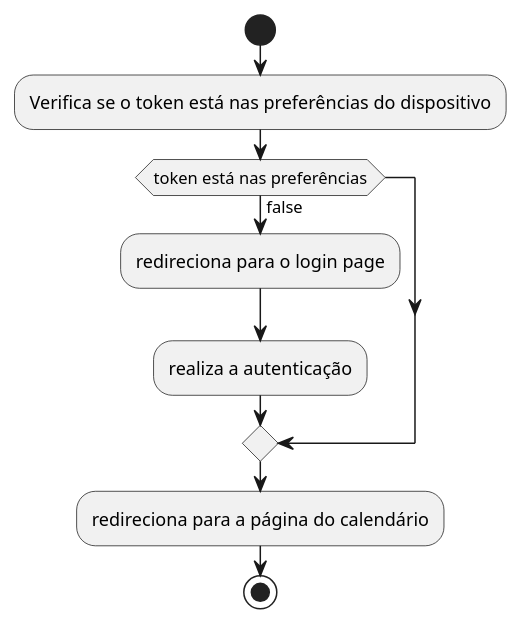
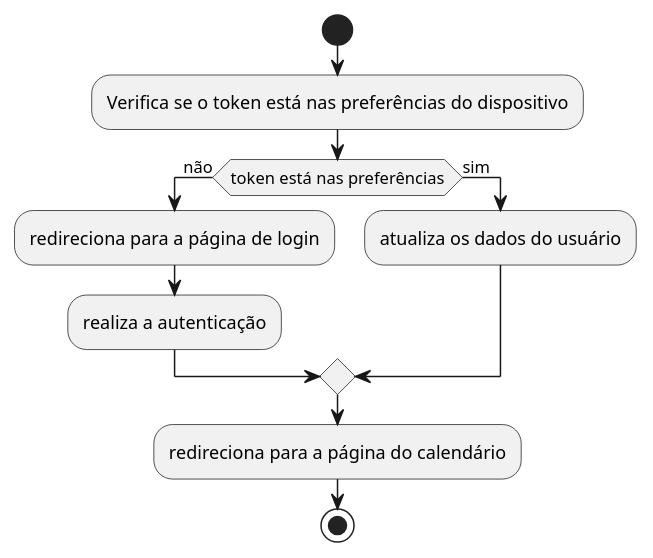
One commit to DricoGrosch/TCC-UDESC-DJANGO-APP changed the diagram in act.puml. Above: the diagram before and after it, drawn with PlantUML. The commit also changed 7 other files, not shown here.

```diff
--- a/act.puml
+++ b/act.puml
@@ -1,13 +1,17 @@
 @startuml
 'https://plantuml.com/activity-diagram-beta
 
 start
 :Verifica se o token está nas preferências do dispositivo;
-if (token está nas preferências) then (false)
-:redireciona para o login page;
+if (token está nas preferências) then (não)
+:redireciona para a página de login;
 :realiza a autenticação;
+
+else (sim)
+:atualiza os dados do usuário;
+
 endif
 :redireciona para a página do calendário;
 stop
 
 @enduml
```
